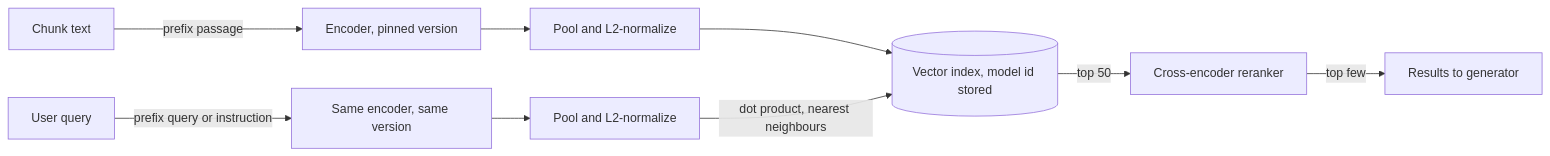
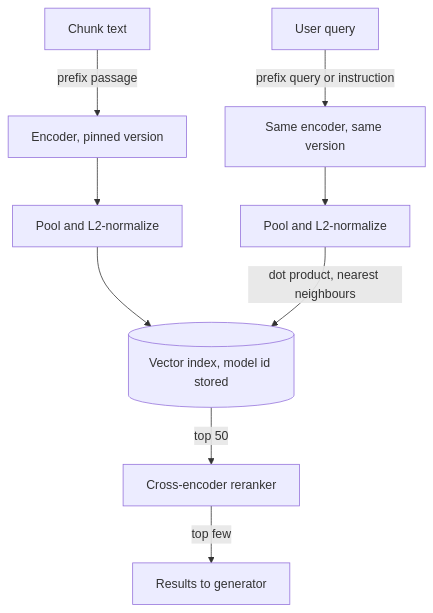
Before and after one commit to lovishmahajan97/agentic-learning: the diagram in content/rag-retrieval/embedding-models.md, drawn with Mermaid. The commit also changed other lines of this file and 278 other files, not shown here.

````diff
--- a/content/rag-retrieval/embedding-models.md
+++ b/content/rag-retrieval/embedding-models.md
@@ -122,11 +122,11 @@
 ```mermaid
-flowchart LR
+flowchart TD
     DOC["Chunk text"] -->|"prefix passage"| ENC1["Encoder, pinned version"]
     ENC1 --> POOL1["Pool and L2-normalize"]
     POOL1 --> IDX[("Vector index, model id stored")]
     QRY["User query"] -->|"prefix query or instruction"| ENC2["Same encoder, same version"]
     ENC2 --> POOL2["Pool and L2-normalize"]
     POOL2 -->|"dot product, nearest neighbours"| IDX
     IDX -->|"top 50"| CE["Cross-encoder reranker"]
     CE -->|"top few"| OUT["Results to generator"]
 ```
````
